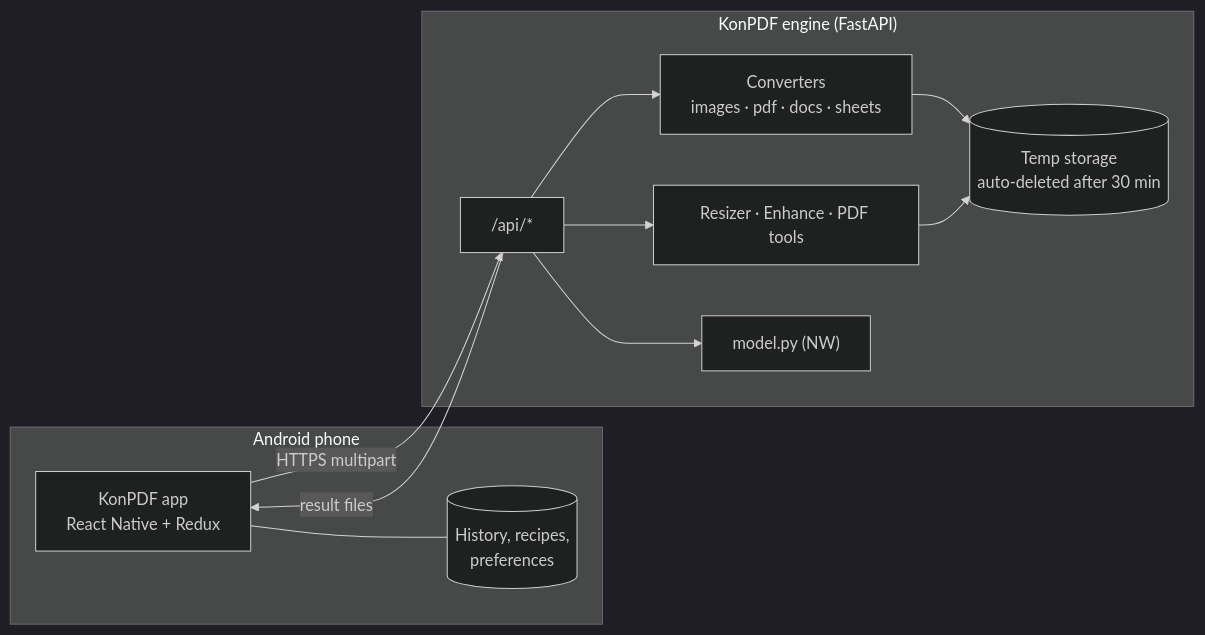
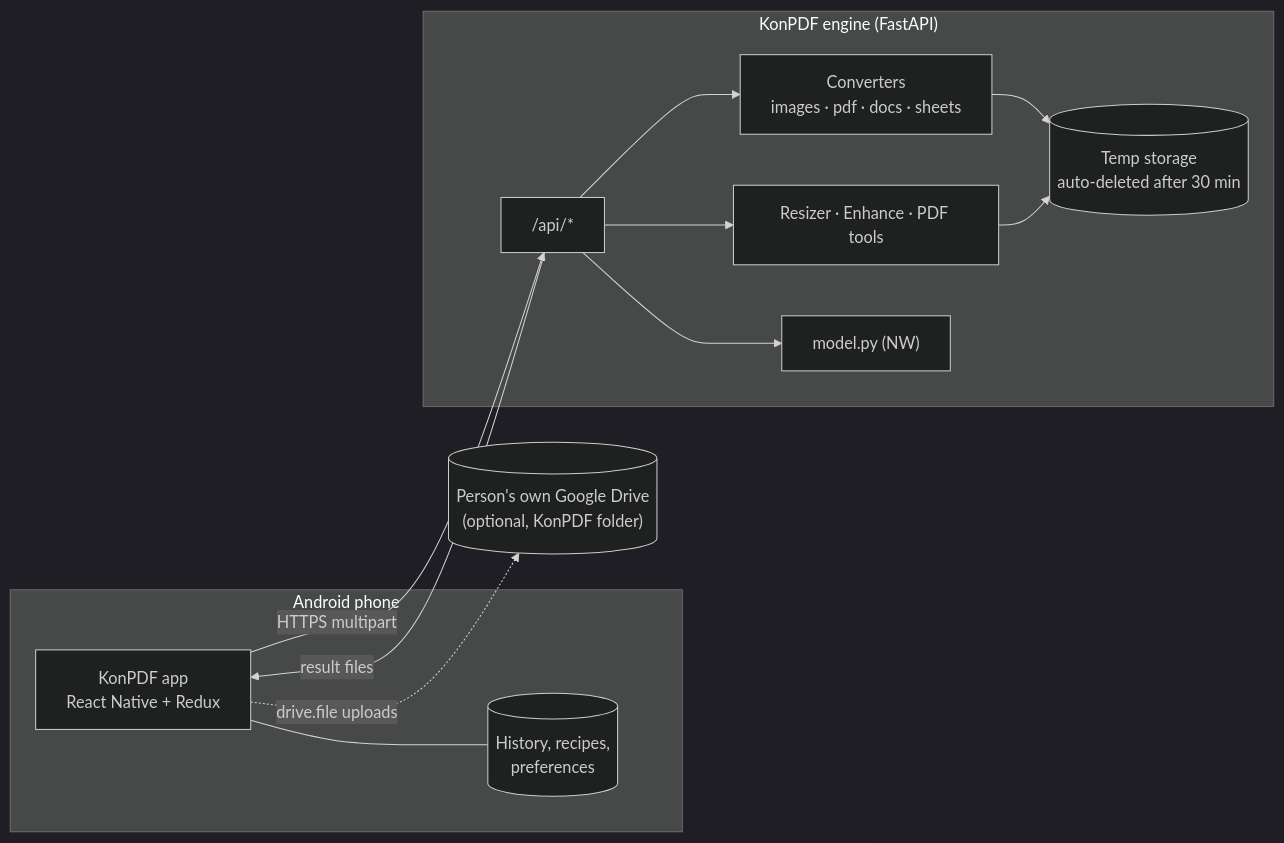
Before and after one commit to Gauravtiwari31/KonPDF: the diagram in detail.md, drawn with Mermaid (dark theme). The commit also changed other lines of this file and 24 other files, not shown here.

First line of the commit message:
Optional Google Drive backup

````diff
--- a/detail.md
+++ b/detail.md
@@ -327,19 +330,21 @@
 ```mermaid
 flowchart LR
   subgraph Phone["Android phone"]
     App["KonPDF app<br/>React Native + Redux"]
     Hist[("History, recipes,<br/>preferences")]
     App --- Hist
   end
   subgraph Engine["KonPDF engine (FastAPI)"]
     API["/api/*"]
     Conv["Converters<br/>images · pdf · docs · sheets"]
     Tools["Resizer · Enhance · PDF tools"]
     NW["model.py (NW)"]
     Tmp[("Temp storage<br/>auto-deleted after 30 min")]
     API --> Conv & Tools & NW
     Conv & Tools --> Tmp
   end
   App -- "HTTPS multipart" --> API
   API -- "result files" --> App
+  Drive[("Person's own Google Drive<br/>(optional, KonPDF folder)")]
+  App -. "drive.file uploads" .-> Drive
 ```
````
